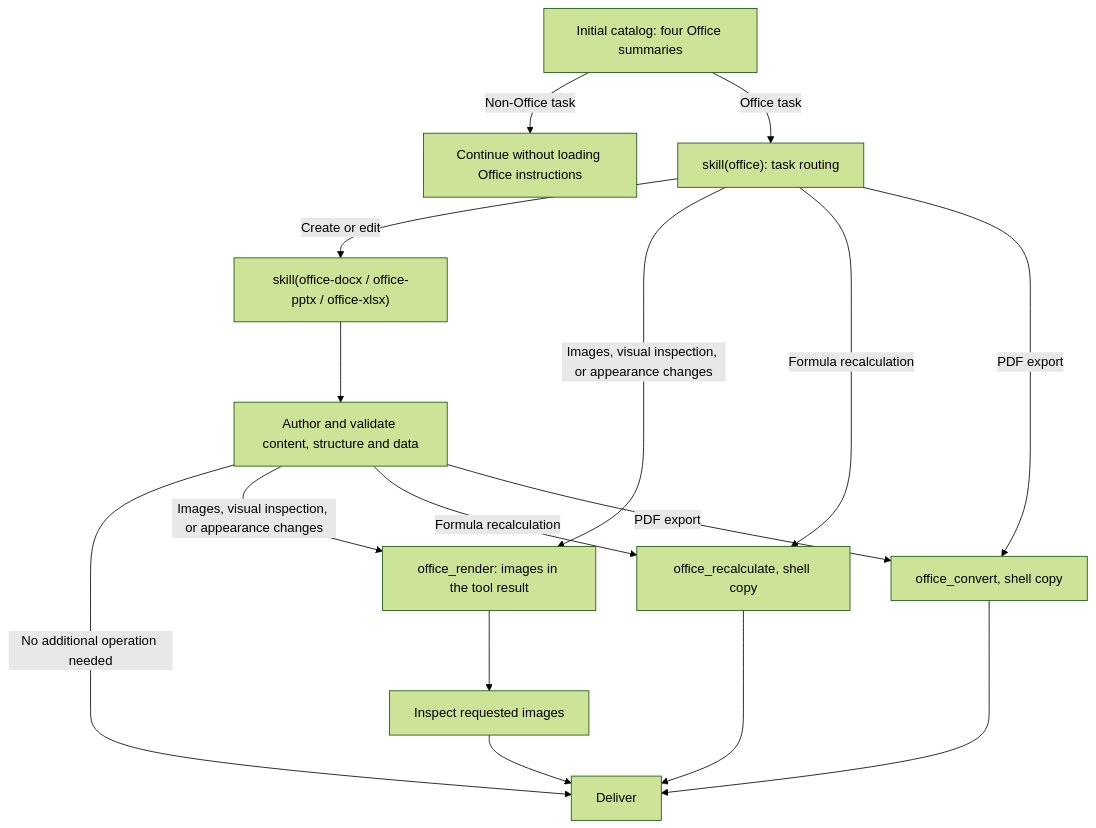
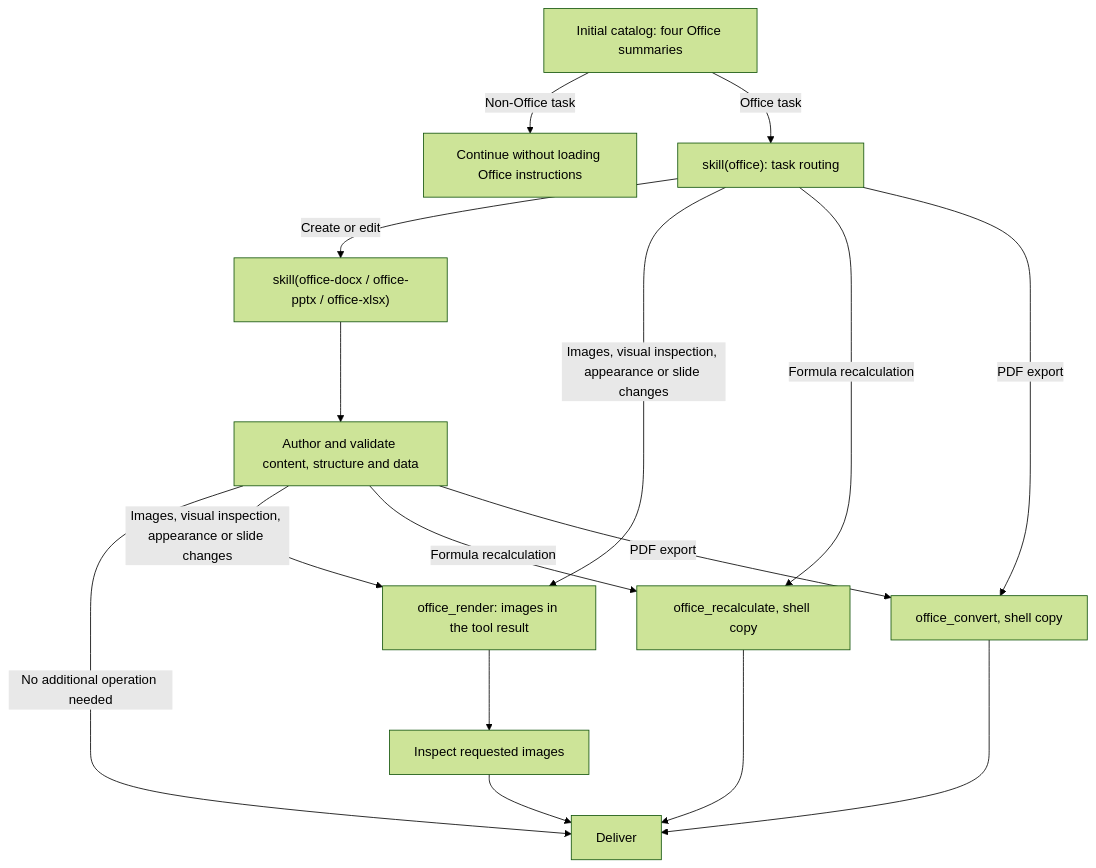
The diagram in packages/skill/skill-office/README.md (deepseek-ai/deepseek-harness), drawn with Mermaid (forest theme) before and after one commit. The commit also changed other lines of this file and 14 other files, not shown here.

````diff
--- a/packages/skill/skill-office/README.md
+++ b/packages/skill/skill-office/README.md
@@ -50,23 +50,23 @@
 ```mermaid
 flowchart TD
     A["Initial catalog: four Office summaries"]
     A -->|Non-Office task| N["Continue without loading Office instructions"]
     A -->|Office task| B["skill(office): task routing"]
 
     B -->|Create or edit| C["skill(office-docx / office-pptx / office-xlsx)"]
     C --> D["Author and validate content, structure and data"]
     D -->|No additional operation needed| F["Deliver"]
 
-    B -->|Images, visual inspection, or appearance changes| R["office_render: images in the tool result"]
-    D -->|Images, visual inspection, or appearance changes| R
+    B -->|Images, visual inspection, appearance or slide changes| R["office_render: images in the tool result"]
+    D -->|Images, visual inspection, appearance or slide changes| R
     R --> V["Inspect requested images"]
     V --> F
 
     B -->|Formula recalculation| X["office_recalculate, shell copy"]
     D -->|Formula recalculation| X
     X --> F
 
     B -->|PDF export| P["office_convert, shell copy"]
     D -->|PDF export| P
     P --> F
 ```
````
